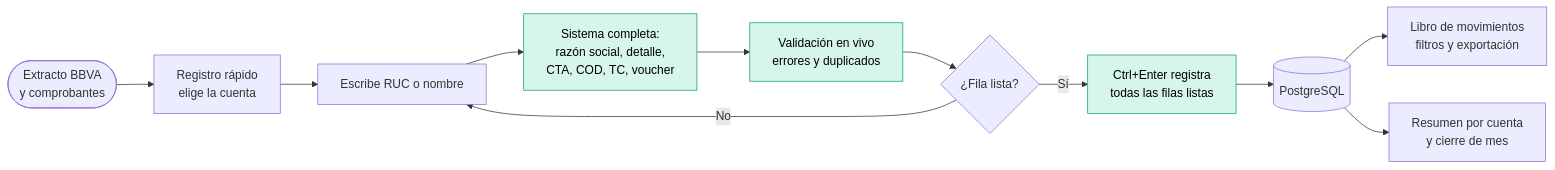
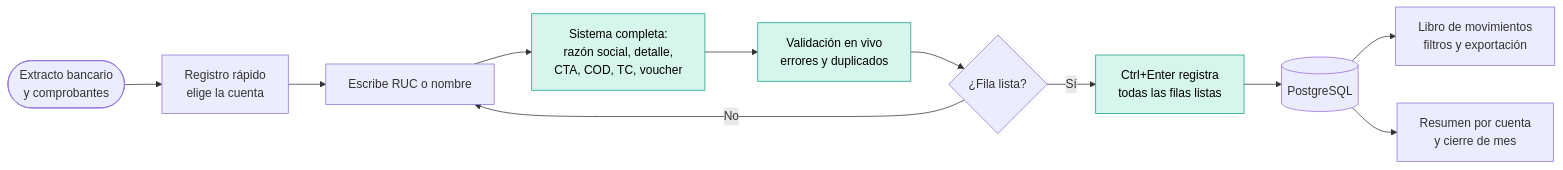
Before and after one commit to Jose27luis/conciliacion-bancaria: the second of 15 diagrams in README.md, drawn with Mermaid. The commit also changed other lines of this file, not shown here.

````diff
--- a/README.md
+++ b/README.md
@@ -143,16 +142,16 @@
 ```mermaid
 flowchart LR
-    A([Extracto BBVA<br/>y comprobantes]) --> B[Registro rápido<br/>elige la cuenta]
+    A([Extracto bancario<br/>y comprobantes]) --> B[Registro rápido<br/>elige la cuenta]
     B --> C[Escribe RUC o nombre]
     C --> D[Sistema completa:<br/>razón social, detalle,<br/>CTA, COD, TC, voucher]
     D --> E[Validación en vivo<br/>errores y duplicados]
     E --> F{¿Fila lista?}
     F -->|Sí| G[Ctrl+Enter registra<br/>todas las filas listas]
     F -->|No| C
     G --> H[(PostgreSQL)]
     H --> I[Libro de movimientos<br/>filtros y exportación]
     H --> J[Resumen por cuenta<br/>y cierre de mes]
 
     classDef auto fill:#d6f5ec,stroke:#16a085,color:#000
     class D,E,G auto
 ```
````
